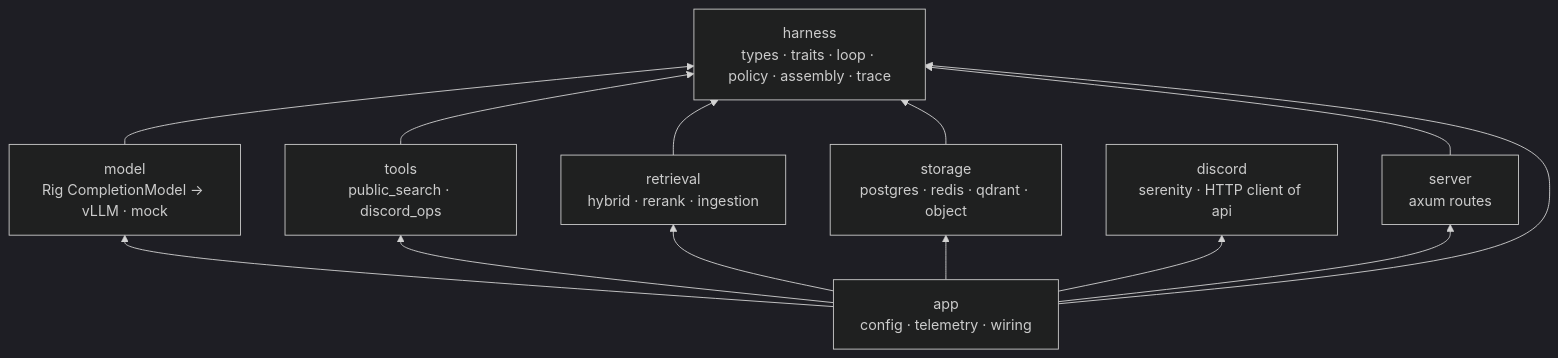
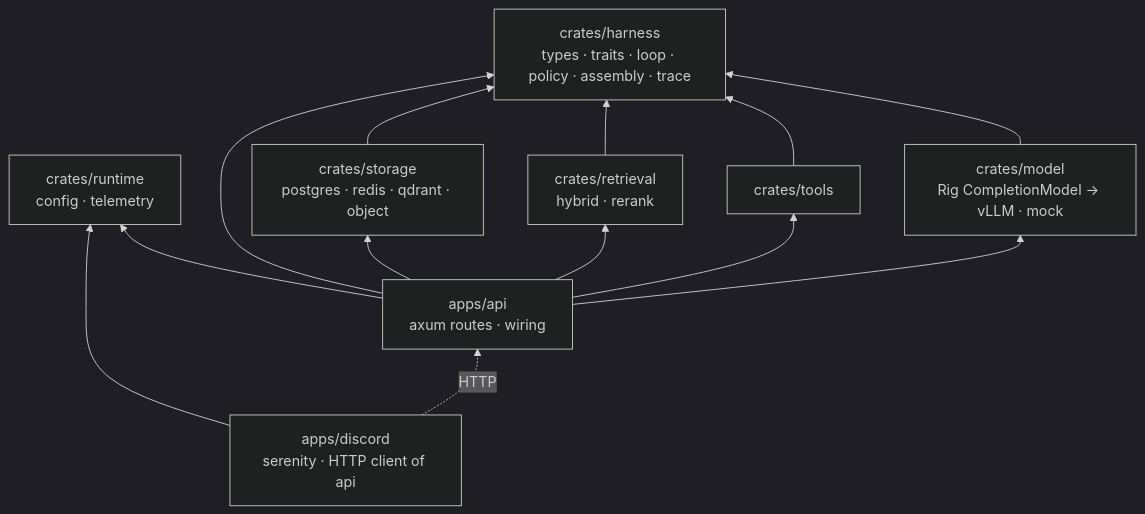
One commit to ashworks1706/SparkyAI changed the second of 9 diagrams in docs/ARCHITECTURE.md. Above: the diagram before and after it, drawn with Mermaid (dark theme). The commit also changed other lines of this file and 106 other files, not shown here.

First line of the commit message:
Layout: apps/ holds every process, crates/ holds Rust libraries

````diff
--- a/docs/ARCHITECTURE.md
+++ b/docs/ARCHITECTURE.md
@@ -81,12 +81,12 @@
 ```mermaid
 flowchart BT
-    H[harness<br/>types · traits · loop · policy · assembly · trace]
-    M[model<br/>Rig CompletionModel → vLLM · mock] --> H
-    T[tools<br/>public_search · discord_ops] --> H
-    R[retrieval<br/>hybrid · rerank · ingestion] --> H
-    S[storage<br/>postgres · redis · qdrant · object] --> H
-    D[discord<br/>serenity · HTTP client of api]
-    V[server<br/>axum routes] --> H
-    A[app<br/>config · telemetry · wiring] --> M & T & R & S & D & V
-    A --> H
+    H[crates/harness<br/>types · traits · loop · policy · assembly · trace]
+    RT[crates/runtime<br/>config · telemetry]
+    M[crates/model<br/>Rig CompletionModel → vLLM · mock] --> H
+    T[crates/tools] --> H
+    R[crates/retrieval<br/>hybrid · rerank] --> H
+    S[crates/storage<br/>postgres · redis · qdrant · object] --> H
+    API[apps/api<br/>axum routes · wiring] --> M & T & R & S & H & RT
+    D[apps/discord<br/>serenity · HTTP client of api] --> RT
+    D -.->|HTTP| API
 ```
````
